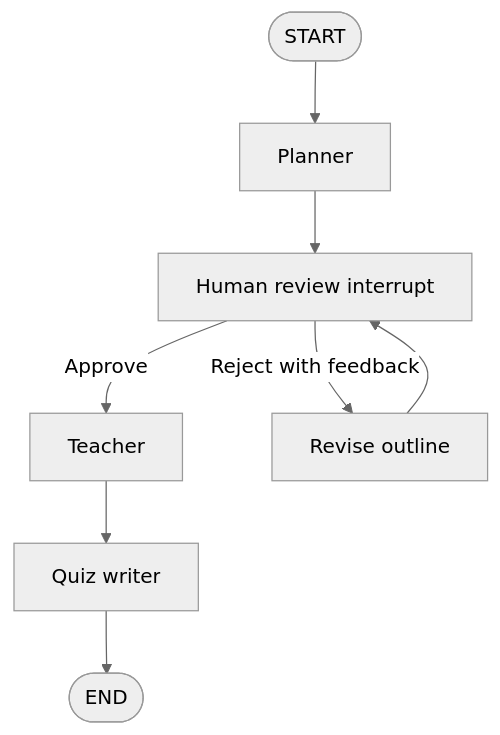
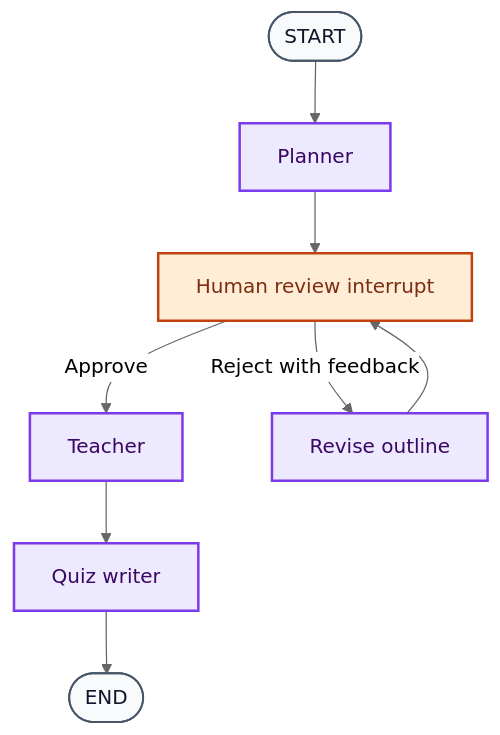
One commit to anne500/multi-agent-study-guide changed the seventh of 20 diagrams in docs/ARCHITECTURE.md. Above: the diagram before and after it, drawn with Mermaid (neutral theme). The commit also changed other lines of this file and 7 other files, not shown here.

Commit message:
Add visual learning map and color-coded architecture documentation

````diff
--- a/docs/ARCHITECTURE.md
+++ b/docs/ARCHITECTURE.md
@@ -124,10 +167,16 @@
 ```mermaid
 flowchart TD
     A([START]) --> B[Planner]
     B --> C[Human review interrupt]
     C -->|Approve| D[Teacher]
     C -->|Reject with feedback| E[Revise outline]
     E --> C
     D --> F[Quiz writer]
     F --> G([END])
+
+    classDef default fill:#F8FAFC,stroke:#475569,color:#0F172A,stroke-width:1.5px;
+    classDef model fill:#EDE9FE,stroke:#7C3AED,color:#3B0764,stroke-width:2px;
+    class B,D,E,F model;
+    classDef human fill:#FFEDD5,stroke:#C2410C,color:#7C2D12,stroke-width:2px;
+    class C human;
 ```
````
